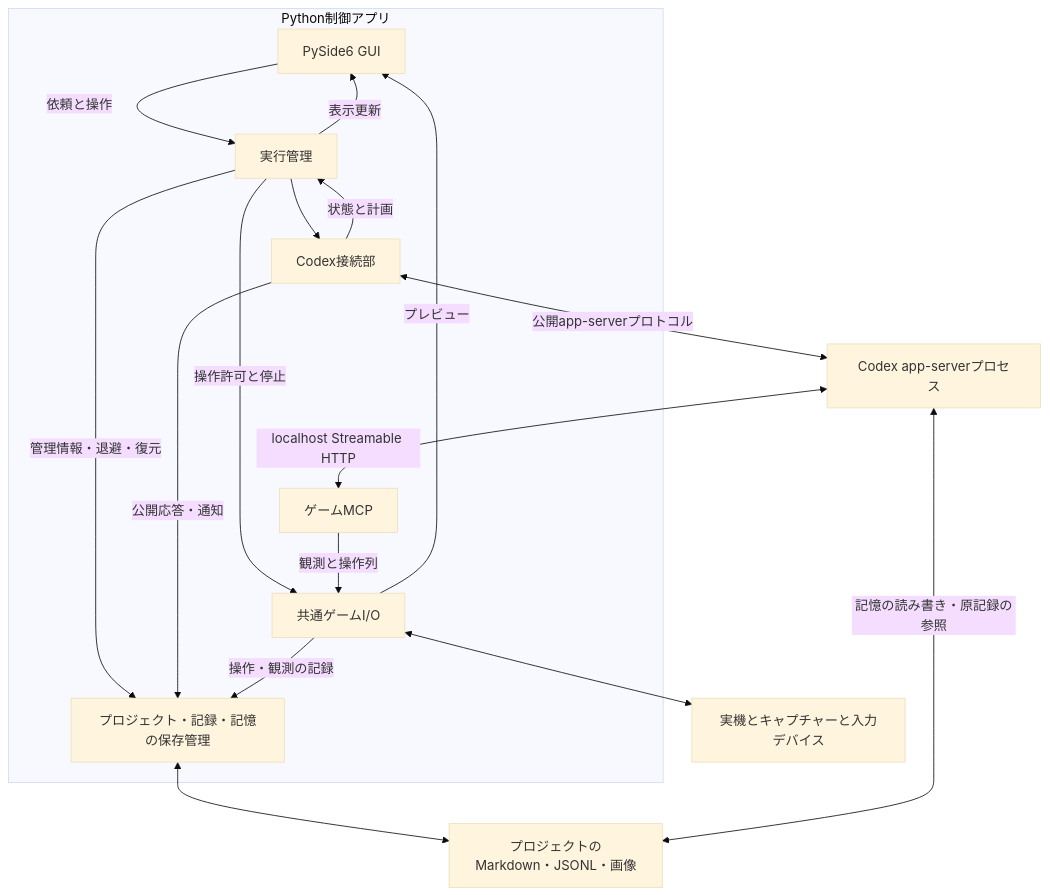
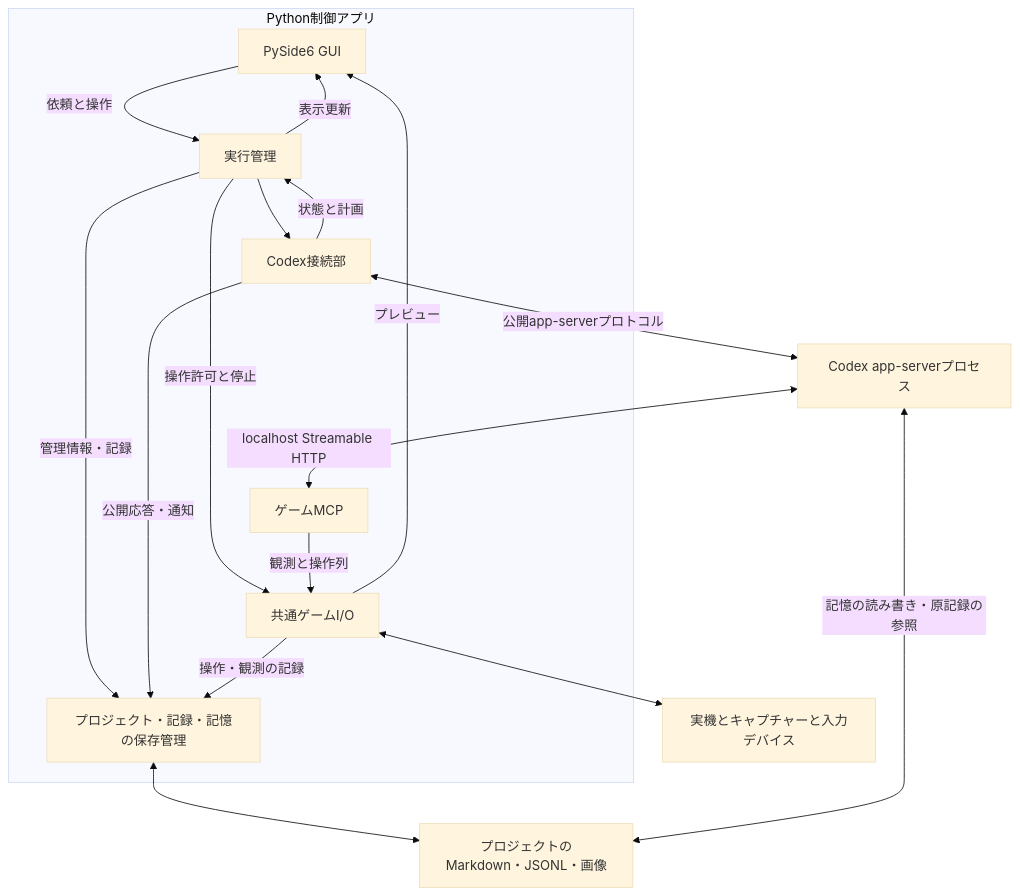
The diagram in spec/initial/02-runtime.md (niart120/Project_Gigas), drawn with Mermaid (base theme) before and after one commit. The commit also changed other lines of this file and 18 other files, not shown here.

````diff
--- a/spec/initial/02-runtime.md
+++ b/spec/initial/02-runtime.md
@@ -11,29 +13,29 @@
 ```mermaid
 flowchart TB
   subgraph P["Python制御アプリ"]
     U["PySide6 GUI"]
     S["実行管理"]
     A["Codex接続部"]
     M["ゲームMCP"]
     G["共通ゲームI/O"]
     D["プロジェクト・記録・記憶の保存管理"]
     U -->|"依頼と操作"| S
     S --> A
     S -->|"操作許可と停止"| G
     M -->|"観測と操作列"| G
     G -->|"プレビュー"| U
     A -->|"状態と計画"| S
     S -->|"表示更新"| U
-    S -->|"管理情報・退避・復元"| D
+    S -->|"管理情報・記録"| D
     A -->|"公開応答・通知"| D
     G -->|"操作・観測の記録"| D
   end
   C["Codex app-serverプロセス"]
   H["実機とキャプチャーと入力デバイス"]
   F["プロジェクトのMarkdown・JSONL・画像"]
   A <-->|"公開app-serverプロトコル"| C
   C <-->|"localhost Streamable HTTP"| M
   G <--> H
   D <--> F
   C <-->|"記憶の読み書き・原記録の参照"| F
 ```
````
